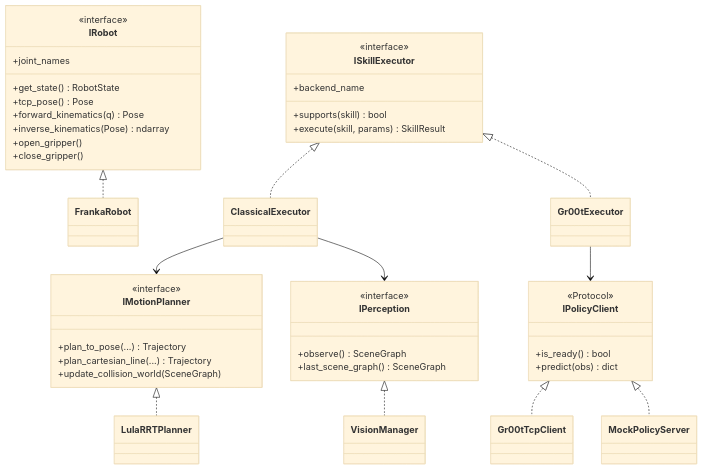
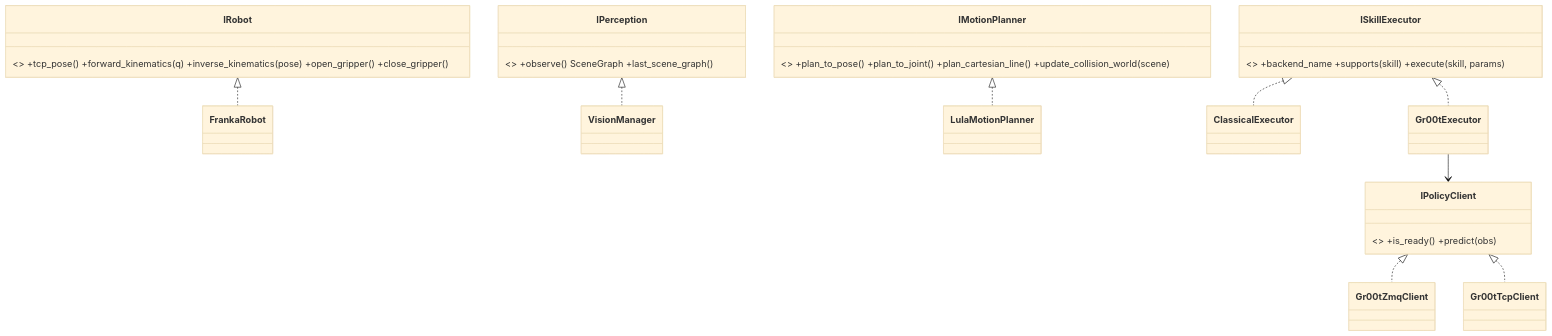
One commit to hirenmp10/capstone-team-178 changed the second of 5 diagrams in ARCHITECTURE.md. Above: the diagram before and after it, drawn with Mermaid (base theme). The commit also changed other lines of this file and 3 other files, not shown here.

````diff
--- a/ARCHITECTURE.md
+++ b/ARCHITECTURE.md
@@ -191,46 +171,17 @@
 ```mermaid
 classDiagram
-    class IRobot {
-        <<interface>>
-        +joint_names
-        +get_state() RobotState
-        +tcp_pose() Pose
-        +forward_kinematics(q) Pose
-        +inverse_kinematics(Pose) ndarray
-        +open_gripper()
-        +close_gripper()
-    }
-    class IPerception {
-        <<interface>>
-        +observe() SceneGraph
-        +last_scene_graph() SceneGraph
-    }
-    class IMotionPlanner {
-        <<interface>>
-        +plan_to_pose(...) Trajectory
-        +plan_cartesian_line(...) Trajectory
-        +update_collision_world(SceneGraph)
-    }
-    class ISkillExecutor {
-        <<interface>>
-        +backend_name
-        +supports(skill) bool
-        +execute(skill, params) SkillResult
-    }
-    class IPolicyClient {
-        <<Protocol>>
-        +is_ready() bool
-        +predict(obs) dict
-    }
+    class IRobot { <<interface>> +tcp_pose() +forward_kinematics(q) +inverse_kinematics(pose) +open_gripper() +close_gripper() }
+    class IPerception { <<interface>> +observe() SceneGraph +last_scene_graph() }
+    class IMotionPlanner { <<interface>> +plan_to_pose() +plan_to_joint() +plan_cartesian_line() +update_collision_world(scene) }
+    class ISkillExecutor { <<interface>> +backend_name +supports(skill) +execute(skill, params) }
+    class IPolicyClient { <<Protocol>> +is_ready() +predict(obs) }
 
     IRobot <|.. FrankaRobot
     IPerception <|.. VisionManager
-    IMotionPlanner <|.. LulaRRTPlanner
+    IMotionPlanner <|.. LulaMotionPlanner
     ISkillExecutor <|.. ClassicalExecutor
     ISkillExecutor <|.. Gr00tExecutor
+    IPolicyClient <|.. Gr00tZmqClient
     IPolicyClient <|.. Gr00tTcpClient
-    IPolicyClient <|.. MockPolicyServer
     Gr00tExecutor --> IPolicyClient
-    ClassicalExecutor --> IMotionPlanner
-    ClassicalExecutor --> IPerception
 ```
````
